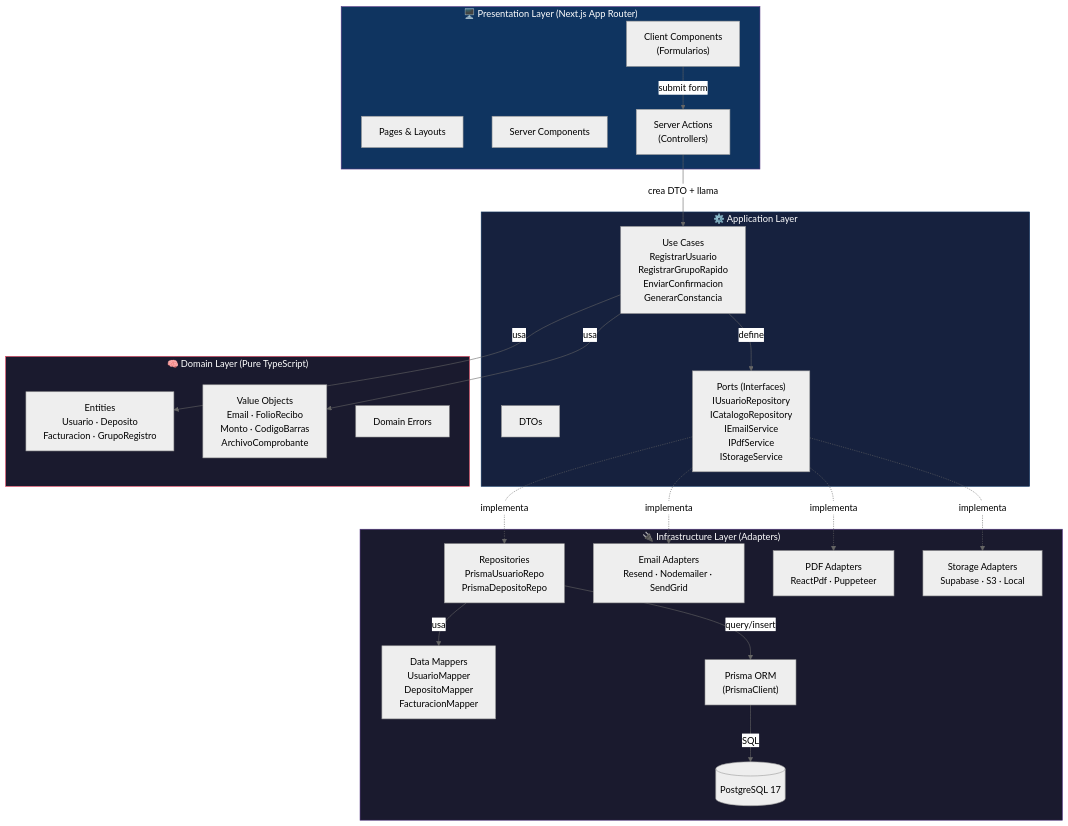
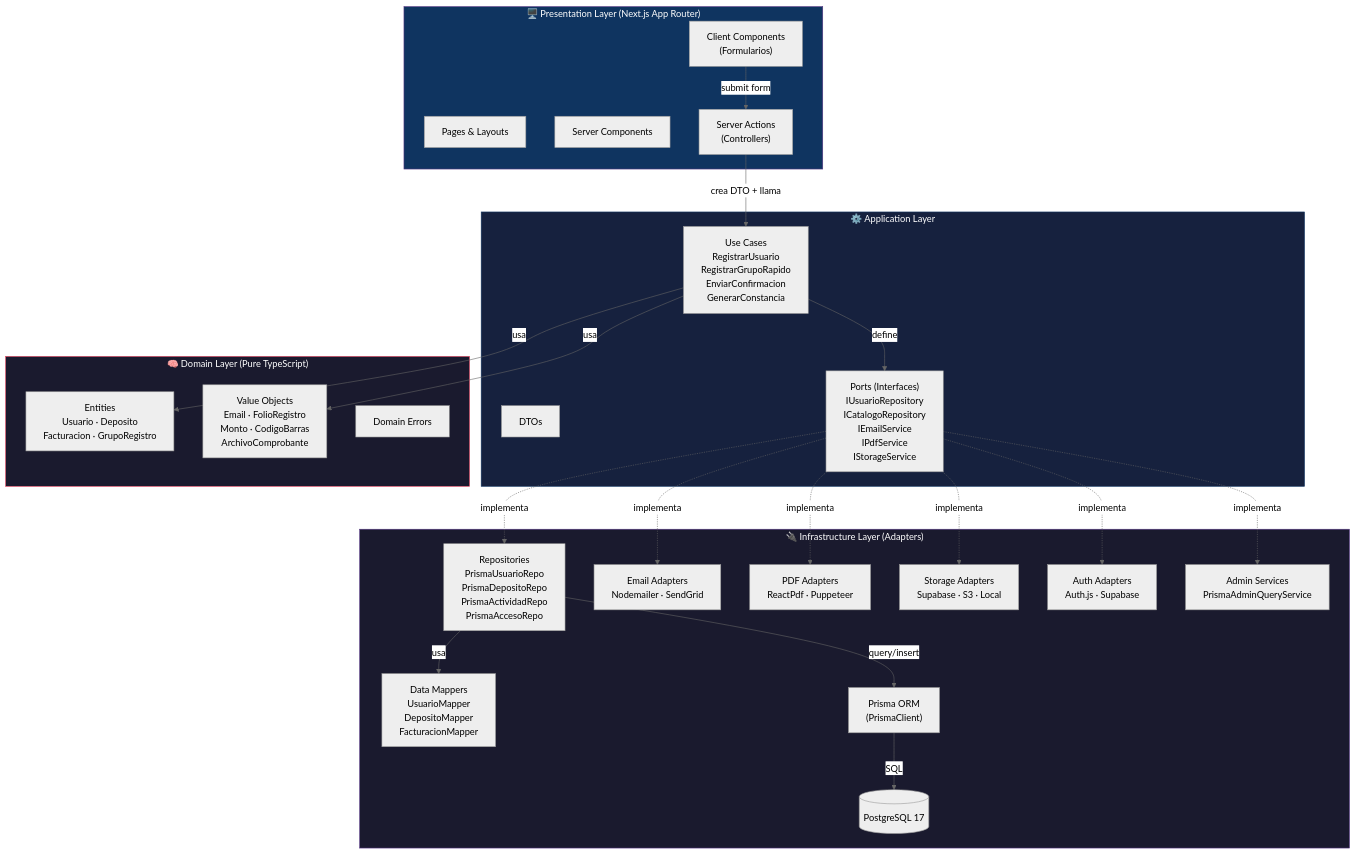
One commit to iKinoo/aniei-registro-2026 changed the first of 14 diagrams in docs/DESIGN.md. Above: the diagram before and after it, drawn with Mermaid (neutral theme). The commit also changed other lines of this file and 3 other files, not shown here.

````diff
--- a/docs/DESIGN.md
+++ b/docs/DESIGN.md
@@ -254,51 +321,55 @@
 ```mermaid
 graph TB
     subgraph Presentation["🖥️ Presentation Layer (Next.js App Router)"]
         Pages["Pages & Layouts"]
         SC["Server Components"]
         CC["Client Components<br/>(Formularios)"]
         SA["Server Actions<br/>(Controllers)"]
     end
 
     subgraph Application["⚙️ Application Layer"]
         UC["Use Cases<br/>RegistrarUsuario<br/>RegistrarGrupoRapido<br/>EnviarConfirmacion<br/>GenerarConstancia"]
         DTO["DTOs"]
         Ports["Ports (Interfaces)<br/>IUsuarioRepository<br/>ICatalogoRepository<br/>IEmailService<br/>IPdfService<br/>IStorageService"]
     end
 
     subgraph Domain["🧠 Domain Layer (Pure TypeScript)"]
         Entities["Entities<br/>Usuario · Deposito<br/>Facturacion · GrupoRegistro"]
-        VO["Value Objects<br/>Email · FolioRecibo<br/>Monto · CodigoBarras<br/>ArchivoComprobante"]
+        VO["Value Objects<br/>Email · FolioRegistro<br/>Monto · CodigoBarras<br/>ArchivoComprobante"]
         DErr["Domain Errors"]
     end
 
     subgraph Infrastructure["🔌 Infrastructure Layer (Adapters)"]
-        Repos["Repositories<br/>PrismaUsuarioRepo<br/>PrismaDepositoRepo"]
+        Repos["Repositories<br/>PrismaUsuarioRepo<br/>PrismaDepositoRepo<br/>PrismaActividadRepo<br/>PrismaAccesoRepo"]
         Mappers["Data Mappers<br/>UsuarioMapper<br/>DepositoMapper<br/>FacturacionMapper"]
         ORM["Prisma ORM<br/>(PrismaClient)"]
-        EmailSvc["Email Adapters<br/>Resend · Nodemailer · SendGrid"]
+        EmailSvc["Email Adapters<br/>Nodemailer · SendGrid"]
         PdfSvc["PDF Adapters<br/>ReactPdf · Puppeteer"]
         StoreSvc["Storage Adapters<br/>Supabase · S3 · Local"]
+        AuthSvc["Auth Adapters<br/>Auth.js · Supabase"]
+        AdminSvc["Admin Services<br/>PrismaAdminQueryService"]
         DB[("PostgreSQL 17")]
     end
 
     CC -->|"submit form"| SA
     SA -->|"crea DTO + llama"| UC
     UC -->|"usa"| Entities
     UC -->|"usa"| VO
     UC -->|"define"| Ports
 
     Ports -.->|"implementa"| Repos
     Ports -.->|"implementa"| EmailSvc
     Ports -.->|"implementa"| PdfSvc
     Ports -.->|"implementa"| StoreSvc
+    Ports -.->|"implementa"| AuthSvc
+    Ports -.->|"implementa"| AdminSvc
 
     Repos -->|"usa"| Mappers
     Repos -->|"query/insert"| ORM
     ORM -->|"SQL"| DB
 
     style Domain fill:#1a1a2e,stroke:#e94560,color:#fff
     style Application fill:#16213e,stroke:#0f3460,color:#fff
     style Presentation fill:#0f3460,stroke:#533483,color:#fff
     style Infrastructure fill:#1a1a2e,stroke:#533483,color:#fff
 ```
````
